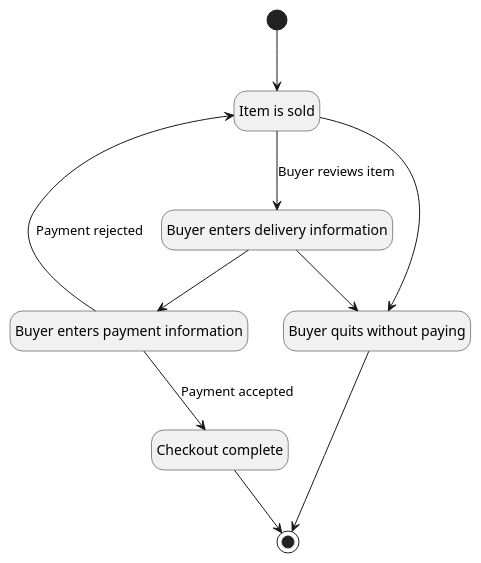
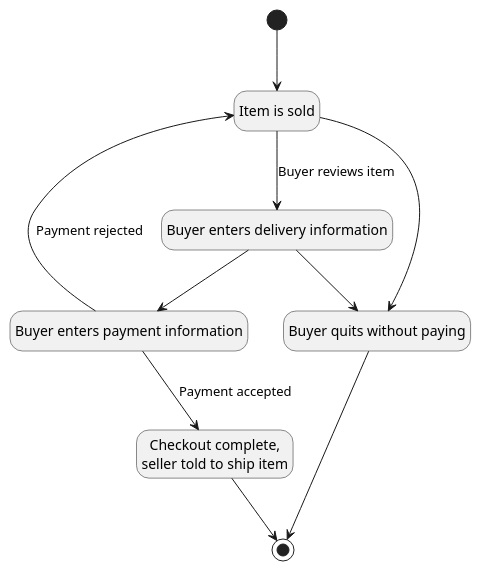
Before and after one commit to andriy21p/eCommerce_website: the diagram in UML/State-diagram-Checkout.puml, drawn with PlantUML.

Commit message:
Updated state diagrams

```diff
--- a/UML/State-diagram-Checkout.puml
+++ b/UML/State-diagram-Checkout.puml
@@ -1,24 +1,24 @@
 @startuml
 
 hide empty description
 
 state Item1 as "Item is sold" 
 state Item2 as "Buyer enters delivery information"
 state Item3 as "Buyer enters payment information"
-state Item4 as "Checkout complete"
+state Item4 as "Checkout complete,\nseller told to ship item" 
 state ItemU as "Buyer quits without paying"
 
 
 [*] --> Item1
 Item1 --> Item2 : Buyer reviews item
 Item2 --> Item3
 Item3 --> Item1 : Payment rejected
 Item3 --> Item4 : Payment accepted
 Item4 --> [*]
 
 Item1 --> ItemU
 Item2 --> ItemU
 ItemU --> [*]
 
 
 @enduml
```
